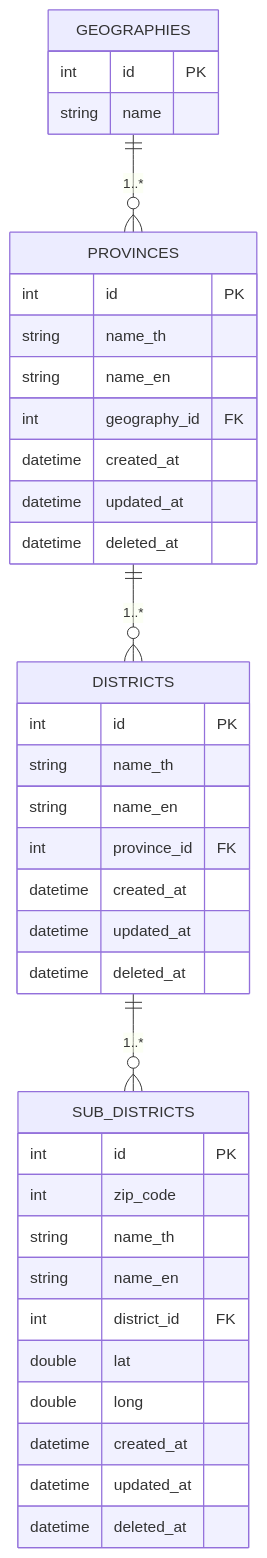
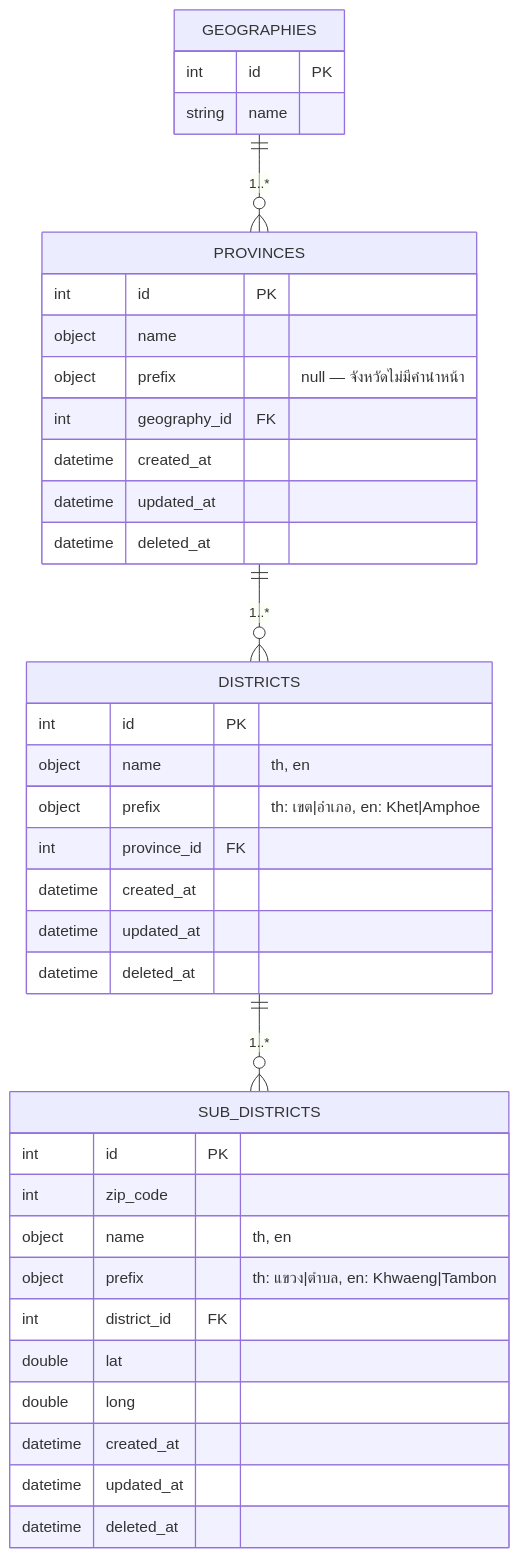
The diagram in docs/diagram.md (kongvut/thai-province-data), drawn with Mermaid before and after one commit. The commit also changed other lines of this file and 5 other files, not shown here.

````diff
--- a/docs/diagram.md
+++ b/docs/diagram.md
@@ -10,44 +5,41 @@
 ```mermaid
 erDiagram
     GEOGRAPHIES {
         int id PK
         string name
     }
-
     PROVINCES {
         int id PK
-        string name_th
-        string name_en
+        object name
+        object prefix "null — จังหวัดไม่มีคำนำหน้า"
         int geography_id FK
         datetime created_at
         datetime updated_at
         datetime deleted_at
     }
-
     DISTRICTS {
         int id PK
-        string name_th
-        string name_en
+        object name "th, en"
+        object prefix "th: เขต|อำเภอ, en: Khet|Amphoe"
         int province_id FK
         datetime created_at
         datetime updated_at
         datetime deleted_at
     }
-
     SUB_DISTRICTS {
         int id PK
         int zip_code
-        string name_th
-        string name_en
+        object name "th, en"
+        object prefix "th: แขวง|ตำบล, en: Khwaeng|Tambon"
         int district_id FK
         double lat
         double long
         datetime created_at
         datetime updated_at
         datetime deleted_at
     }
 
-    GEOGRAPHIES ||--o{ PROVINCES : "1..*"
-    PROVINCES   ||--o{ DISTRICTS : "1..*"
-    DISTRICTS   ||--o{ SUB_DISTRICTS : "1..*"
+    GEOGRAPHIES ||--o{ PROVINCES   : "1..*"
+    PROVINCES     ||--o{ DISTRICTS : "1..*"
+    DISTRICTS     ||--o{ SUB_DISTRICTS : "1..*"
 ```
````
